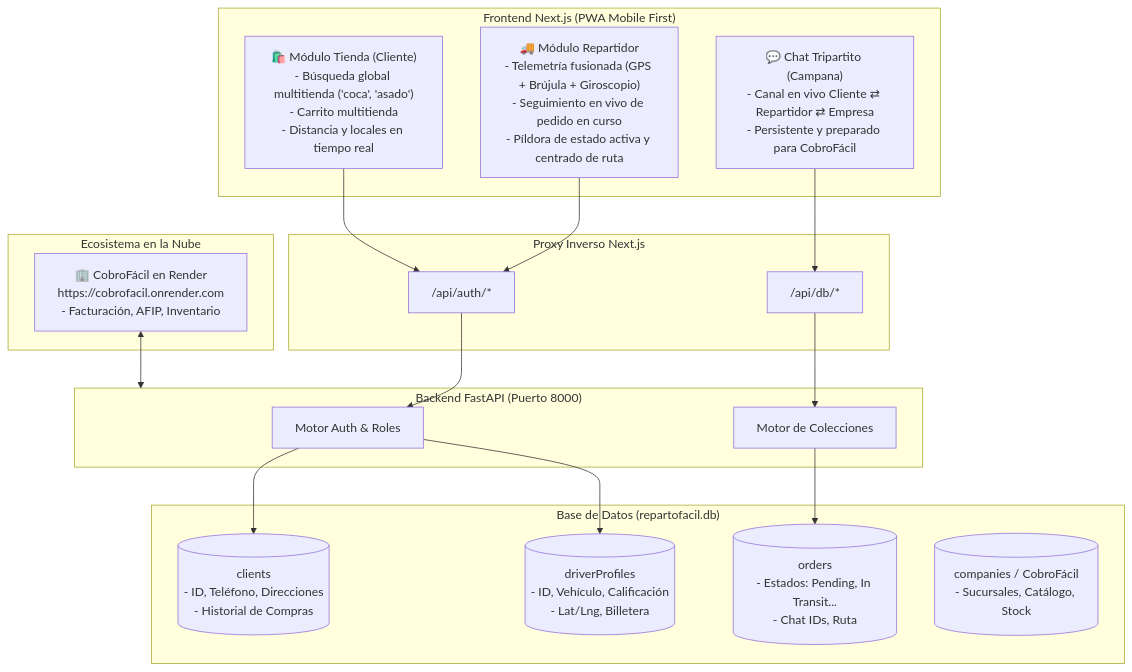
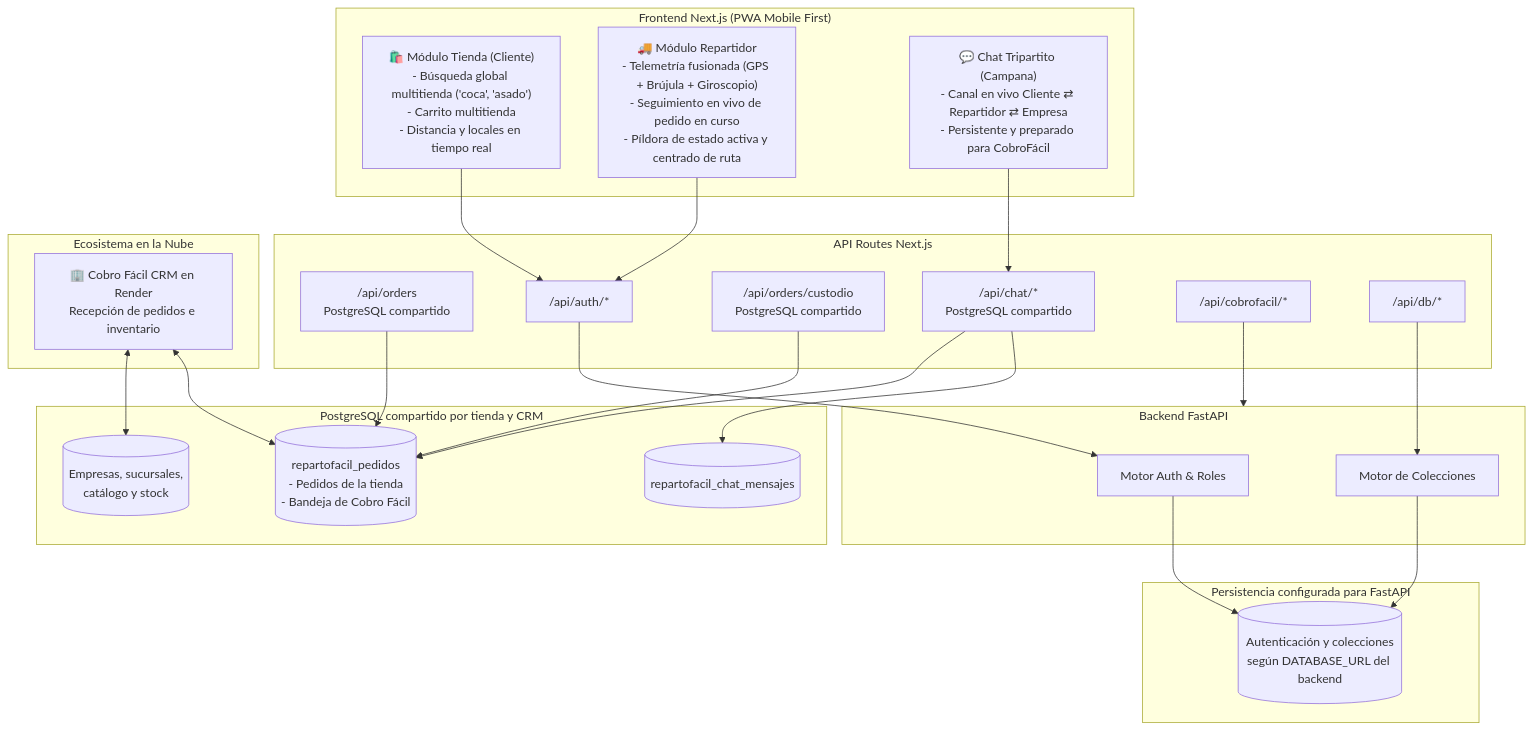
Before and after one commit to cesarmaciel1234/RepartoFacil-web: the diagram in docs/ARQUITECTURA_Y_ROADMAP.md, drawn with Mermaid. The commit also changed other lines of this file and 11 other files, not shown here.

````diff
--- a/docs/ARQUITECTURA_Y_ROADMAP.md
+++ b/docs/ARQUITECTURA_Y_ROADMAP.md
@@ -11,39 +15,51 @@
 ```mermaid
 flowchart TD
     subgraph Frontend["Frontend Next.js (PWA Mobile First)"]
         UI_Cliente["🛍️ Módulo Tienda (Cliente)\n- Búsqueda global multitienda ('coca', 'asado')\n- Carrito multitienda\n- Distancia y locales en tiempo real"]
         UI_Repartidor["🚚 Módulo Repartidor\n- Telemetría fusionada (GPS + Brújula + Giroscopio)\n- Seguimiento en vivo de pedido en curso\n- Píldora de estado activa y centrado de ruta"]
         UI_Chat["💬 Chat Tripartito (Campana)\n- Canal en vivo Cliente ⇄ Repartidor ⇄ Empresa\n- Persistente y preparado para CobroFácil"]
     end
 
-    subgraph BackendProxy["Proxy Inverso Next.js"]
+    subgraph NextAPI["API Routes Next.js"]
+        OrdersAPI["/api/orders\nPostgreSQL compartido"]
+        ChatAPI["/api/chat/*\nPostgreSQL compartido"]
+        CustodioAPI["/api/orders/custodio\nPostgreSQL compartido"]
         ProxyAuth["/api/auth/*"]
+        ProxyCF["/api/cobrofacil/*"]
         ProxyDB["/api/db/*"]
     end
 
-    subgraph BackendAPI["Backend FastAPI (Puerto 8000)"]
+    subgraph BackendAPI["Backend FastAPI"]
         AuthEngine["Motor Auth & Roles"]
         DBEngine["Motor de Colecciones"]
     end
 
-    subgraph BaseDeDatos["Base de Datos (repartofacil.db)"]
-        Col_Clients[("clients\n- ID, Teléfono, Direcciones\n- Historial de Compras")]
-        Col_Drivers[("driverProfiles\n- ID, Vehículo, Calificación\n- Lat/Lng, Billetera")]
-        Col_Orders[("orders\n- Estados: Pending, In Transit...\n- Chat IDs, Ruta")]
-        Col_Companies[("companies / CobroFácil\n- Sucursales, Catálogo, Stock")]
+    subgraph BaseDeDatos["PostgreSQL compartido por tienda y CRM"]
+        Col_Orders[("repartofacil_pedidos\n- Pedidos de la tienda\n- Bandeja de Cobro Fácil")]
+        Col_Chat[("repartofacil_chat_mensajes")]
+        Col_Companies[("Empresas, sucursales,\ncatálogo y stock")]
+    end
+
+    subgraph BackendDB["Persistencia configurada para FastAPI"]
+        Col_Auth[("Autenticación y colecciones\nsegún DATABASE_URL del backend")]
     end
 
     subgraph CloudExt["Ecosistema en la Nube"]
-        CobroFacil["🏢 CobroFácil en Render\nhttps://cobrofacil.onrender.com\n- Facturación, AFIP, Inventario"]
+        CobroFacil["🏢 Cobro Fácil CRM en Render\nRecepción de pedidos e inventario"]
     end
 
     UI_Cliente --> ProxyAuth
     UI_Repartidor --> ProxyAuth
-    UI_Chat --> ProxyDB
+    UI_Chat --> ChatAPI
+    OrdersAPI --> Col_Orders
+    ChatAPI --> Col_Chat
+    ChatAPI --> Col_Orders
+    CustodioAPI --> Col_Orders
+    ProxyCF --> BackendAPI
     ProxyAuth --> AuthEngine
     ProxyDB --> DBEngine
-    AuthEngine --> Col_Clients
-    AuthEngine --> Col_Drivers
-    DBEngine --> Col_Orders
-    CobroFacil <--> BackendAPI
+    AuthEngine --> Col_Auth
+    DBEngine --> Col_Auth
+    CobroFacil <--> Col_Orders
+    CobroFacil <--> Col_Companies
 ```
````
